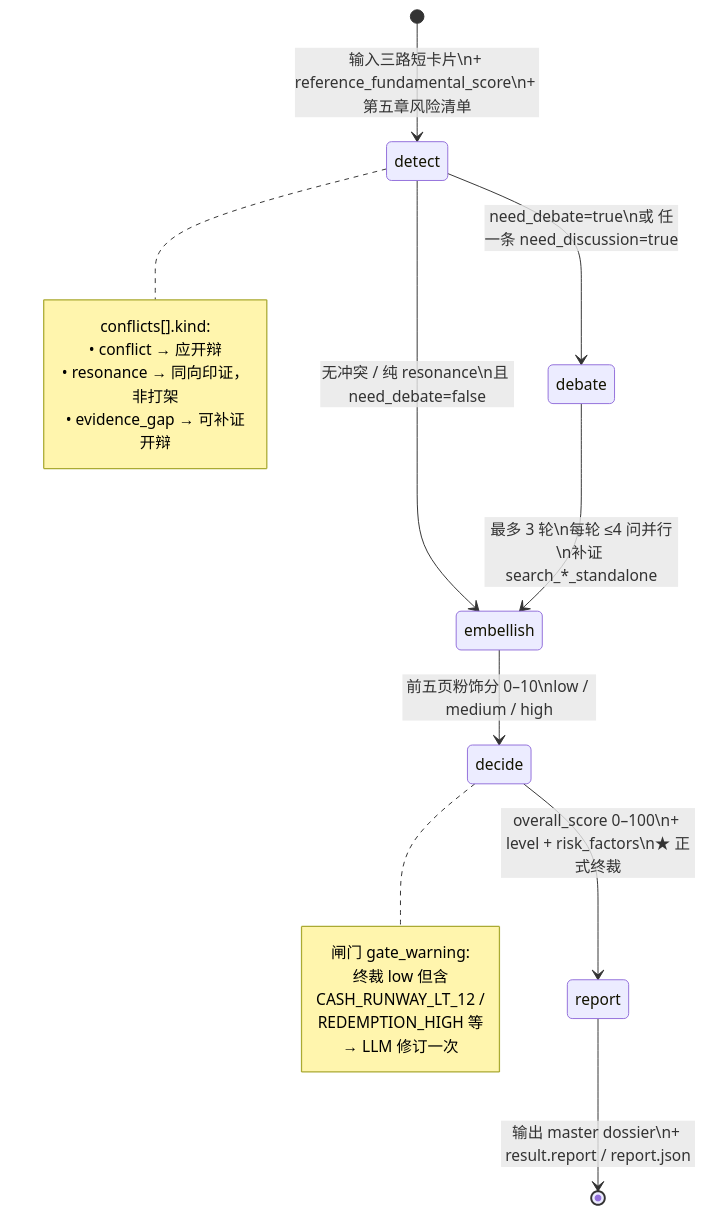
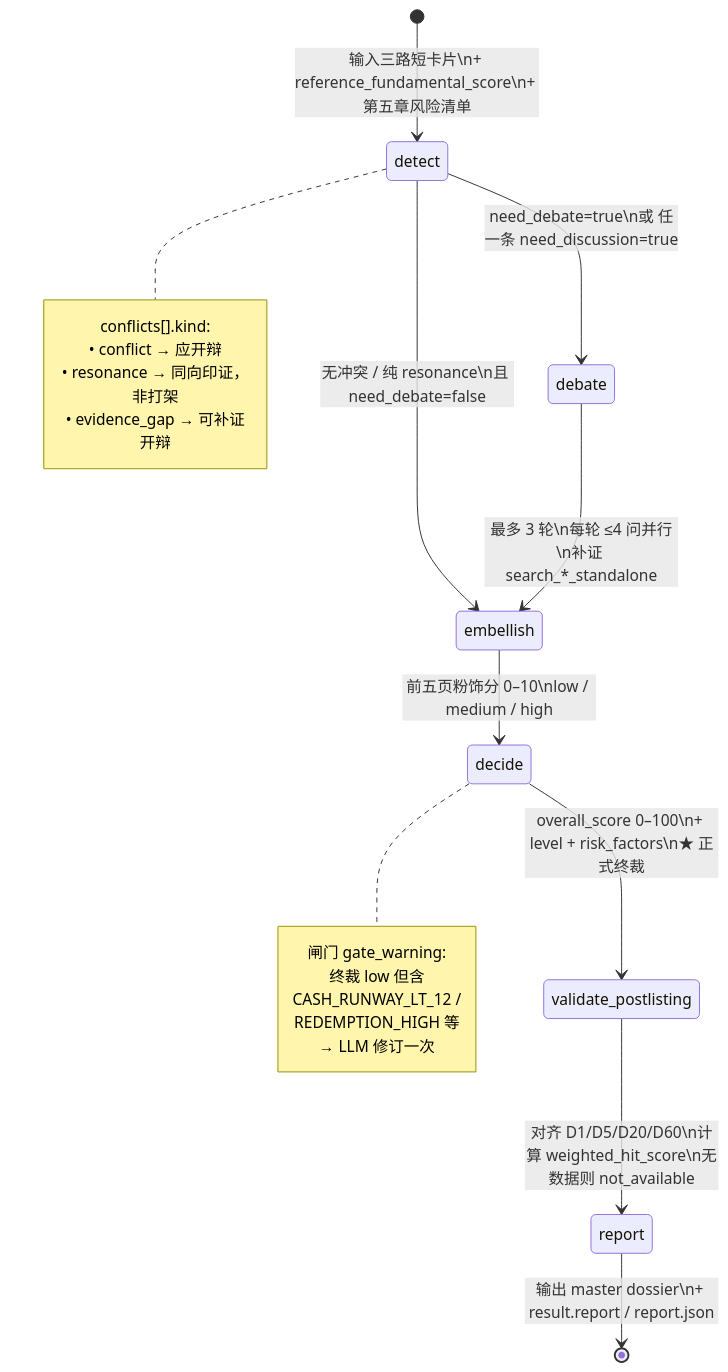
The fourth of 8 diagrams in agents/hk_ipo_risk/docs/multi_agent_architecture_diagrams.md (uianian/IPOI), drawn with Mermaid before and after one commit. The commit also changed other lines of this file and 51 other files, not shown here.

````diff
--- a/agents/hk_ipo_risk/docs/multi_agent_architecture_diagrams.md
+++ b/agents/hk_ipo_risk/docs/multi_agent_architecture_diagrams.md
@@ -284,30 +288,32 @@
 ```mermaid
 stateDiagram-v2
     [*] --> detect: 输入三路短卡片\n+ reference_fundamental_score\n+ 第五章风险清单
 
     detect --> debate: need_debate=true\n或 任一条 need_discussion=true
     detect --> embellish: 无冲突 / 纯 resonance\n且 need_debate=false
 
     debate --> embellish: 最多 3 轮\n每轮 ≤4 问并行\n补证 search_*_standalone
 
     embellish --> decide: 前五页粉饰分 0–10\nlow / medium / high
 
-    decide --> report: overall_score 0–100\n+ level + risk_factors\n★ 正式终裁
+    decide --> validate_postlisting: overall_score 0–100\n+ level + risk_factors\n★ 正式终裁
+
+    validate_postlisting --> report: 对齐 D1/D5/D20/D60\n计算 weighted_hit_score\n无数据则 not_available
 
     report --> [*]: 输出 master dossier\n+ result.report / report.json
 
     note right of detect
         conflicts[].kind:
         • conflict → 应开辩
         • resonance → 同向印证，非打架
         • evidence_gap → 可补证开辩
     end note
 
     note right of decide
         闸门 gate_warning:
         终裁 low 但含
         CASH_RUNWAY_LT_12 /
         REDEMPTION_HIGH 等
         → LLM 修订一次
     end note
 ```
````
